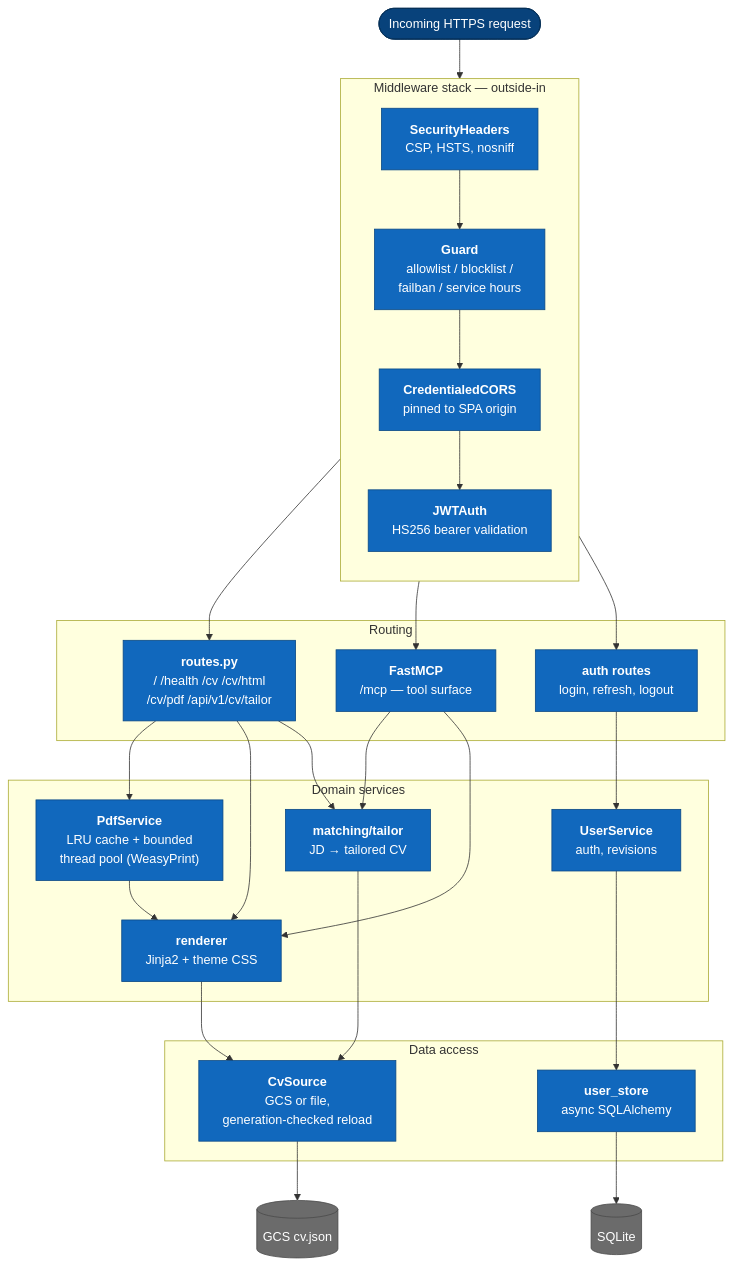
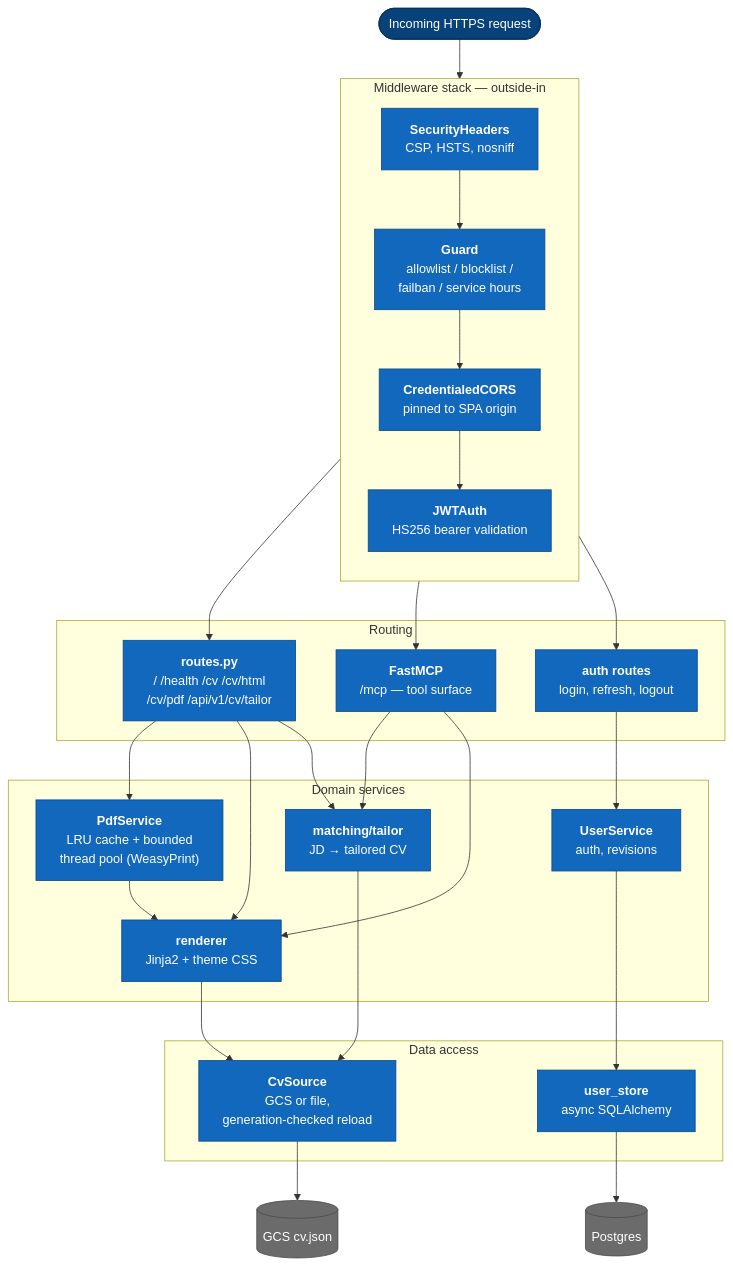
The third of 8 diagrams in docs/architecture-diagrams.md (ivanprytula/cv-rest-mcp-server), drawn with Mermaid before and after one commit. The commit also changed other lines of this file and 17 other files, not shown here.

````diff
--- a/docs/architecture-diagrams.md
+++ b/docs/architecture-diagrams.md
@@ -121,52 +121,52 @@
 ```mermaid
 flowchart TB
     req(["Incoming HTTPS request"]):::ext
 
     subgraph mw["Middleware stack — outside-in"]
         direction TB
         sec["<b>SecurityHeaders</b><br/>CSP, HSTS, nosniff"]:::comp
         guard["<b>Guard</b><br/>allowlist / blocklist /<br/>failban / service hours"]:::comp
         cors["<b>CredentialedCORS</b><br/>pinned to SPA origin"]:::comp
         jwt["<b>JWTAuth</b><br/>HS256 bearer validation"]:::comp
     end
 
     subgraph routing["Routing"]
         routes["<b>routes.py</b><br/>/ /health /cv /cv/html<br/>/cv/pdf /api/v1/cv/tailor"]:::comp
         mcp["<b>FastMCP</b><br/>/mcp — tool surface"]:::comp
         authr["<b>auth routes</b><br/>login, refresh, logout"]:::comp
     end
 
     subgraph domain["Domain services"]
         pdf["<b>PdfService</b><br/>LRU cache + bounded<br/>thread pool (WeasyPrint)"]:::comp
         renderer["<b>renderer</b><br/>Jinja2 + theme CSS"]:::comp
         tailor["<b>matching/tailor</b><br/>JD → tailored CV"]:::comp
         users["<b>UserService</b><br/>auth, revisions"]:::comp
     end
 
     subgraph data["Data access"]
         cvsrc["<b>CvSource</b><br/>GCS or file,<br/>generation-checked reload"]:::comp
         store["<b>user_store</b><br/>async SQLAlchemy"]:::comp
     end
 
     gcs[("GCS cv.json")]:::extstore
-    db[("SQLite")]:::extstore
+    db[("Postgres")]:::extstore
 
     req --> sec --> guard --> cors --> jwt
     jwt --> routes & mcp & authr
 
     routes --> pdf & renderer & tailor
     mcp --> tailor & renderer
     authr --> users
 
     pdf --> renderer
     renderer --> cvsrc
     tailor --> cvsrc
     users --> store
 
     cvsrc --> gcs
     store --> db
 
     classDef comp fill:#1168bd,stroke:#0b4884,color:#fff
     classDef ext fill:#08427b,stroke:#052e56,color:#fff
     classDef extstore fill:#6b6b6b,stroke:#4a4a4a,color:#fff
 ```
````
